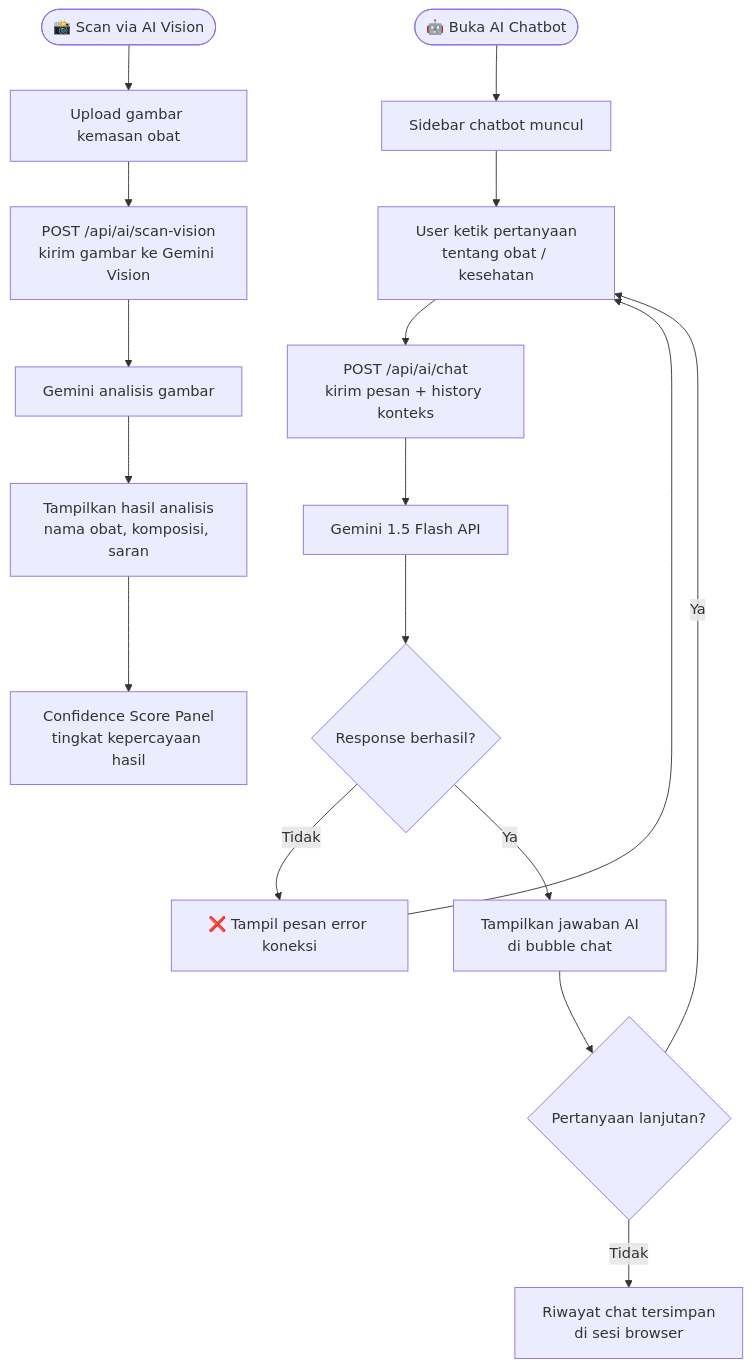
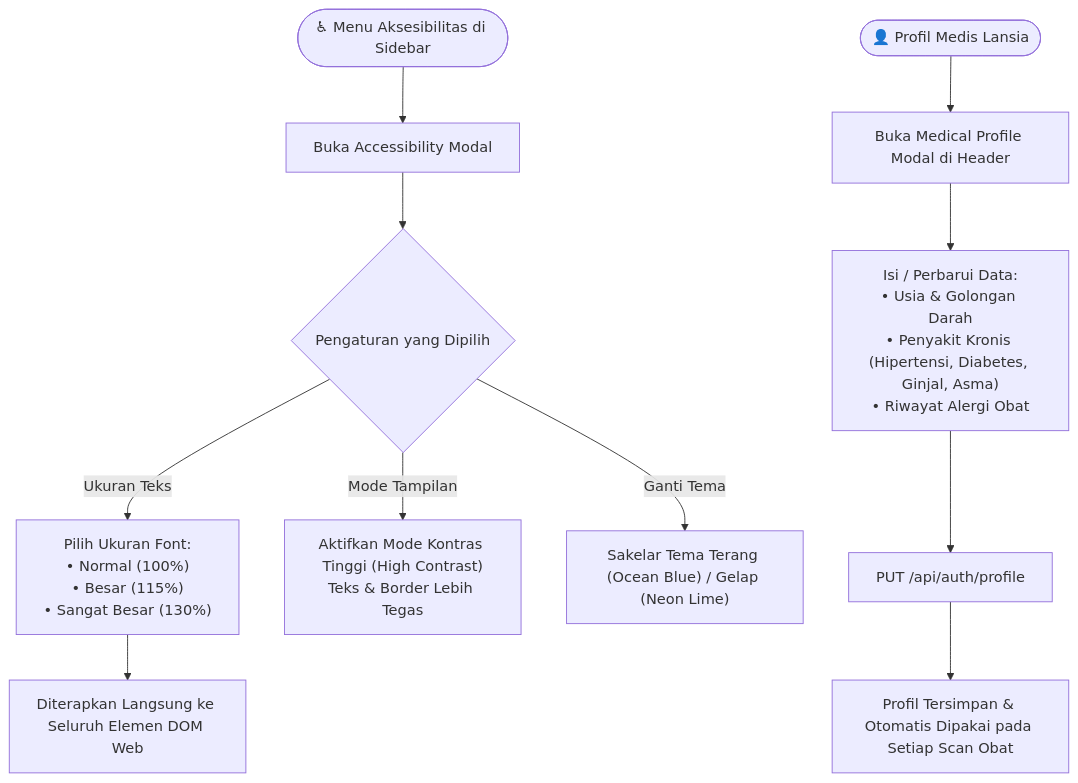
Before and after one commit to rifqiaunur666/pharmashield-project: the seventh of 8 diagrams in README.md, drawn with Mermaid. The commit also changed other lines of this file, not shown here.

````diff
--- a/README.md
+++ b/README.md
@@ -338,20 +357,16 @@
 ```mermaid
 flowchart TD
-    A([🤖 Buka AI Chatbot]) --> B[Sidebar chatbot muncul]
-    B --> C["User ketik pertanyaan<br/>tentang obat / kesehatan"]
-    C --> D["POST /api/ai/chat<br/>kirim pesan + history konteks"]
-    D --> E[Gemini 1.5 Flash API]
-    E --> F{Response berhasil?}
-    F -- Tidak --> G[❌ Tampil pesan error koneksi]
-    G --> C
-    F -- Ya --> H["Tampilkan jawaban AI<br/>di bubble chat"]
-    H --> I{Pertanyaan lanjutan?}
-    I -- Ya --> C
-    I -- Tidak --> J["Riwayat chat tersimpan<br/>di sesi browser"]
+    A([♿ Menu Aksesibilitas di Sidebar]) --> B[Buka Accessibility Modal]
+    B --> C{Pengaturan yang Dipilih}
+    
+    C -- Ukuran Teks --> D["Pilih Ukuran Font:<br/>• Normal (100%)<br/>• Besar (115%)<br/>• Sangat Besar (130%)"]
+    D --> E["Diterapkan Langsung ke Seluruh Elemen DOM Web"]
 
-    K([📸 Scan via AI Vision]) --> L[Upload gambar kemasan obat]
-    L --> M["POST /api/ai/scan-vision<br/>kirim gambar ke Gemini Vision"]
-    M --> N[Gemini analisis gambar]
-    N --> O["Tampilkan hasil analisis<br/>nama obat, komposisi, saran"]
-    O --> P["Confidence Score Panel<br/>tingkat kepercayaan hasil"]
+    C -- Mode Tampilan --> F["Aktifkan Mode Kontras Tinggi (High Contrast)<br/>Teks & Border Lebih Tegas"]
+    C -- Ganti Tema --> G["Sakelar Tema Terang (Ocean Blue) / Gelap (Neon Lime)"]
+
+    H([👤 Profil Medis Lansia]) --> I[Buka Medical Profile Modal di Header]
+    I --> J["Isi / Perbarui Data:<br/>• Usia & Golongan Darah<br/>• Penyakit Kronis (Hipertensi, Diabetes, Ginjal, Asma)<br/>• Riwayat Alergi Obat"]
+    J --> K["PUT /api/auth/profile"]
+    K --> L["Profil Tersimpan & Otomatis Dipakai pada Setiap Scan Obat"]
 ```
````
